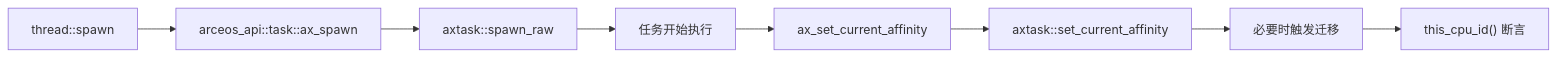
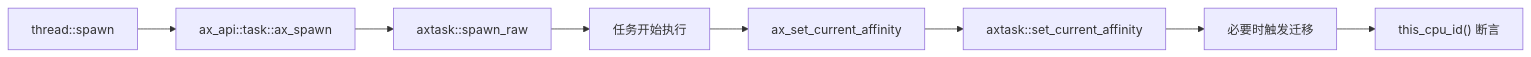
Before and after one commit to zKurisu/tgoskits: the first of 2 diagrams in docs/crates/arceos-affinity.md, drawn with Mermaid. The commit also changed other lines of this file and 61 other files, not shown here.

Commit message:
rename arceos_api to ax-api

````diff
--- a/docs/crates/arceos-affinity.md
+++ b/docs/crates/arceos-affinity.md
@@ -29,10 +29,10 @@
 ```mermaid
 flowchart LR
-    A["thread::spawn"] --> B["arceos_api::task::ax_spawn"]
+    A["thread::spawn"] --> B["ax_api::task::ax_spawn"]
     B --> C["axtask::spawn_raw"]
     C --> D["任务开始执行"]
     D --> E["ax_set_current_affinity"]
     E --> F["axtask::set_current_affinity"]
     F --> G["必要时触发迁移"]
     G --> H["this_cpu_id() 断言"]
 ```
````
